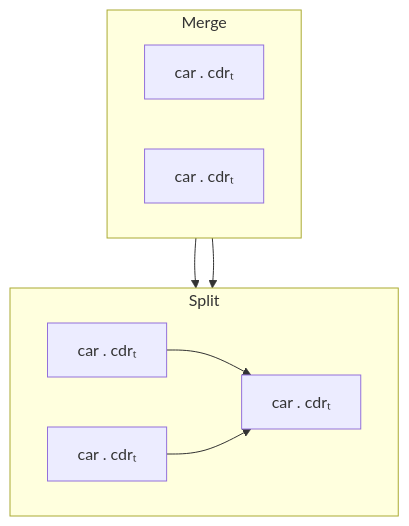
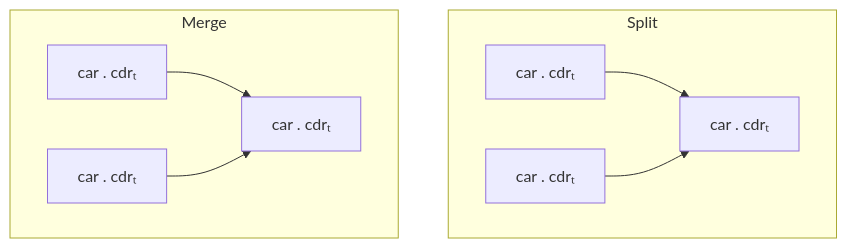
Before and after one commit to raviqqe/doc: the diagram in slides/papers/stak-scheme/encode-branch.mmd, drawn with Mermaid.

```diff
--- a/slides/papers/stak-scheme/encode-branch.mmd
+++ b/slides/papers/stak-scheme/encode-branch.mmd
@@ -1,14 +1,14 @@
 flowchart TB
   subgraph Split
     direction LR
 
     c0[car . cdrₜ] --> c2[car . cdrₜ]
     c1[car . cdrₜ] --> c2
   end
 
   subgraph Merge
     direction LR
 
-    c3[car . cdrₜ] --> c2[car . cdrₜ]
-    c4[car . cdrₜ] --> c2
+    c3[car . cdrₜ] --> c5[car . cdrₜ]
+    c4[car . cdrₜ] --> c5
   end
```
